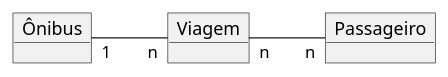
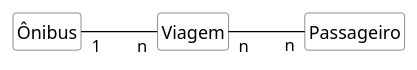
One commit to kyriosdata/oo changed the diagram in imagens/modelos-07/mod07ima13/mod07ima13.plantuml. Above: the diagram before and after it, drawn with PlantUML. The commit also changed 4 other files, not shown here.

```diff
--- a/imagens/modelos-07/mod07ima13/mod07ima13.plantuml
+++ b/imagens/modelos-07/mod07ima13/mod07ima13.plantuml
@@ -1,8 +1,17 @@
 @startuml mod07ima13
-object "Ônibus" as on
-object "Viagem" as vi
-object "Passageiro" as pa
+hide circle
+hide methods
+hide empty members
+
+skinparam class {
+    BackgroundColor White
+    ArrowColor Black
+    BorderColor #505050
+}
+class "Ônibus" as on
+class "Viagem" as vi
+class "Passageiro" as pa
 left to right direction
 on "1"--"n" vi
 vi "n"--"n" pa
 @enduml
```
